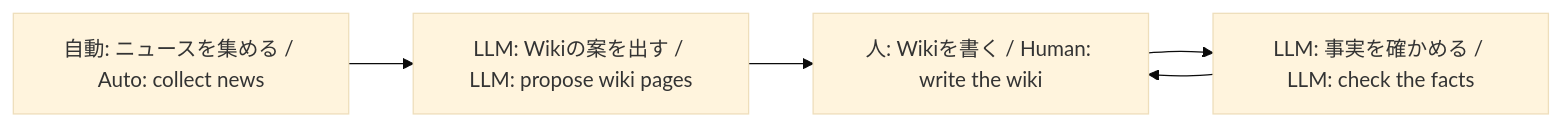
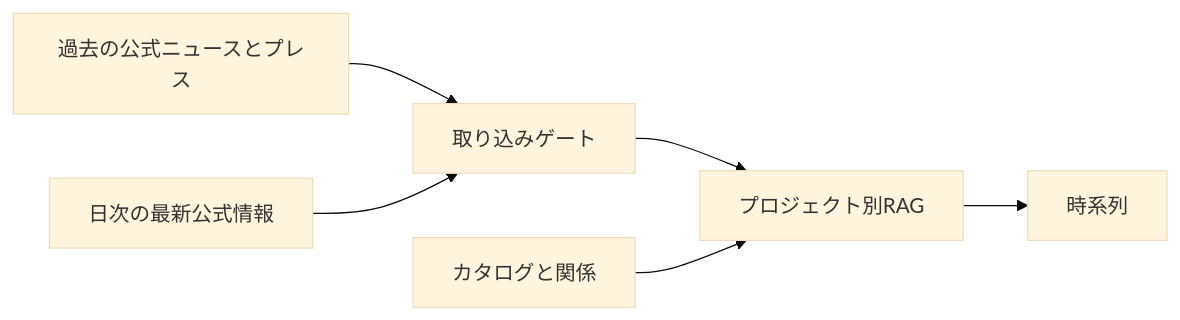
The diagram in README.md (tetra4rnav/wannabe-jaxa-astronaut), drawn with Mermaid (base theme) before and after one commit. The commit also changed other lines of this file and 26 other files, not shown here.

````diff
--- a/README.md
+++ b/README.md
@@ -9,7 +9,8 @@
 ```mermaid
 flowchart LR
-  News["自動: ニュースを集める / Auto: collect news"] --> Propose["LLM: Wikiの案を出す / LLM: propose wiki pages"]
-  Propose --> Human["人: Wikiを書く / Human: write the wiki"]
-  Human --> Audit["LLM: 事実を確かめる / LLM: check the facts"]
-  Audit --> Human
+  Past["過去の公式ニュースとプレス"] --> Gate["取り込みゲート"]
+  Daily["日次の最新公式情報"] --> Gate
+  Gate --> Kb["プロジェクト別RAG"]
+  Catalog["カタログと関係"] --> Kb
+  Kb --> Timeline["時系列"]
 ```
````
